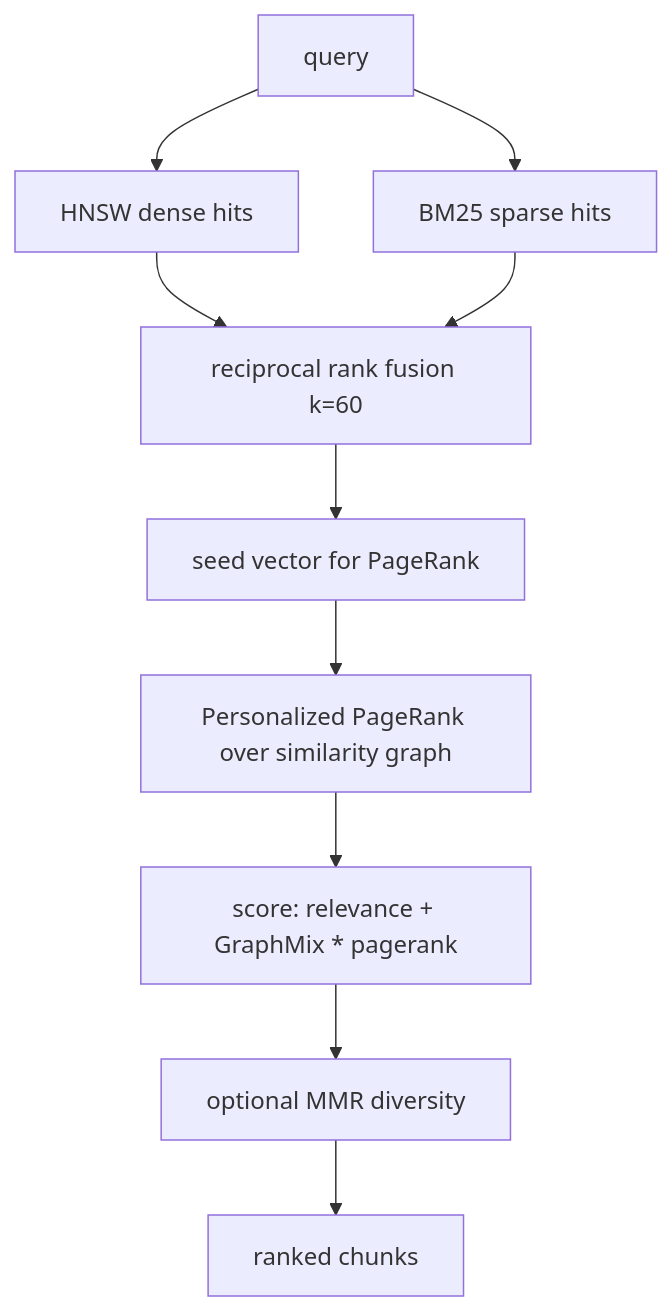
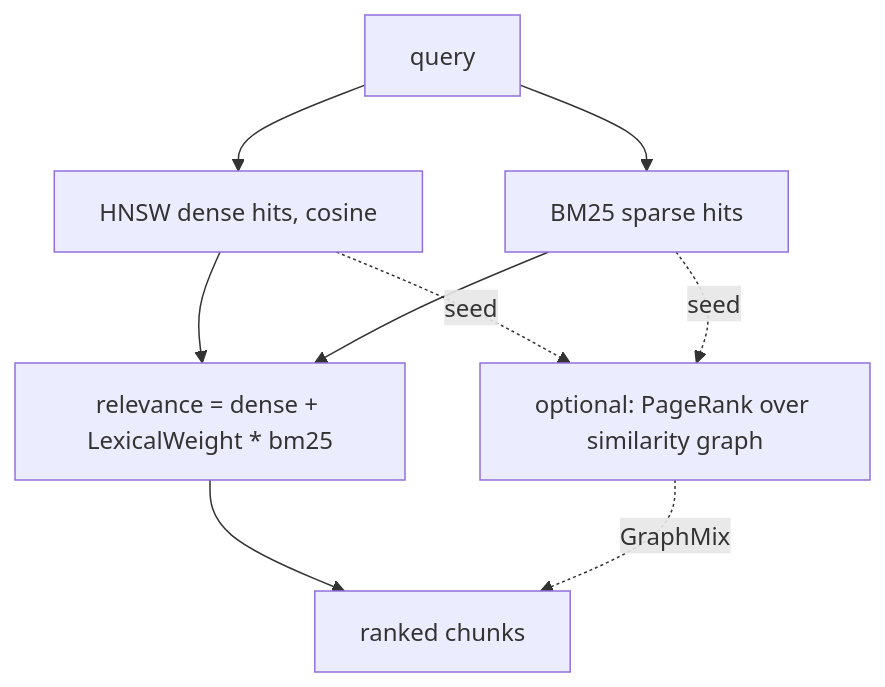
One commit to Gaurav-Gosain/turbograph changed the third of 6 diagrams in docs/architecture.md. Above: the diagram before and after it, drawn with Mermaid. The commit also changed other lines of this file and 11 other files, not shown here.

````diff
--- a/docs/architecture.md
+++ b/docs/architecture.md
@@ -105,12 +105,11 @@
 ```mermaid
 flowchart TB
-  Q[query] --> DENSE[HNSW dense hits]
+  Q[query] --> DENSE[HNSW dense hits, cosine]
   Q --> SPARSE[BM25 sparse hits]
-  DENSE --> RRF[reciprocal rank fusion k=60]
-  SPARSE --> RRF
-  RRF --> SEEDS[seed vector for PageRank]
-  SEEDS --> PPR[Personalized PageRank over similarity graph]
-  PPR --> BLEND[score: relevance + GraphMix * pagerank]
-  BLEND --> MMR[optional MMR diversity]
-  MMR --> OUT[ranked chunks]
+  DENSE --> REL[relevance = dense + LexicalWeight * bm25]
+  SPARSE --> REL
+  REL --> OUT[ranked chunks]
+  DENSE -. seed .-> PPR[optional: PageRank over similarity graph]
+  SPARSE -. seed .-> PPR
+  PPR -. GraphMix .-> OUT
 ```
````
